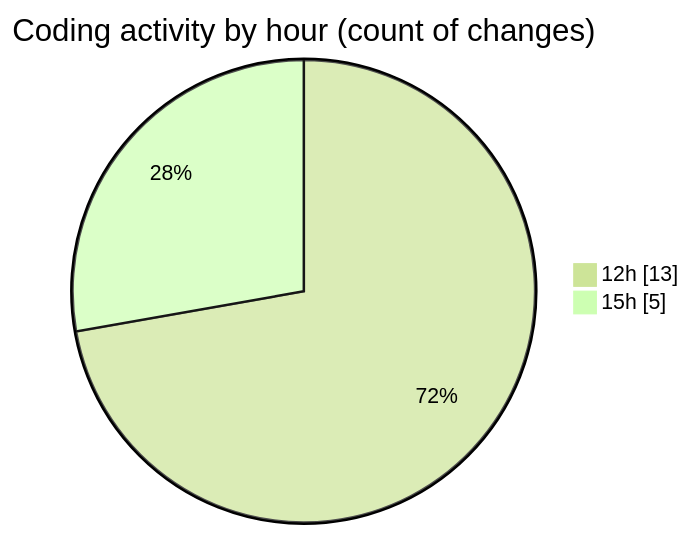
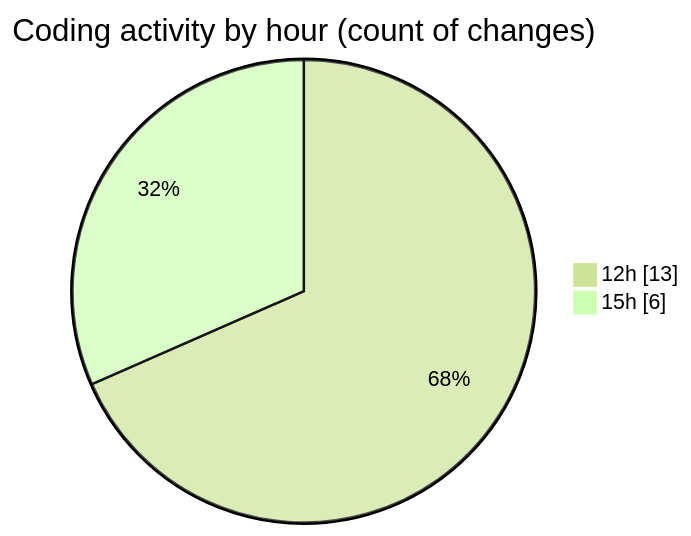
One commit to lephambinh05/code-tracking changed the second of 2 diagrams in 2025-07-20/reggarena/README.md. Above: the diagram before and after it, drawn with Mermaid (forest theme). The commit also changed other lines of this file and 2 other files, not shown here.

````diff
--- a/2025-07-20/reggarena/README.md
+++ b/2025-07-20/reggarena/README.md
@@ -32,6 +32,6 @@
 ```mermaid
 pie showData
 title Coding activity by hour (count of changes)
 "12h" : 13
-"15h" : 5
+"15h" : 6
 ```
````
